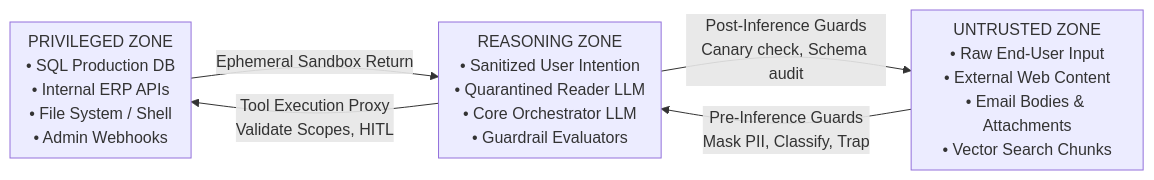
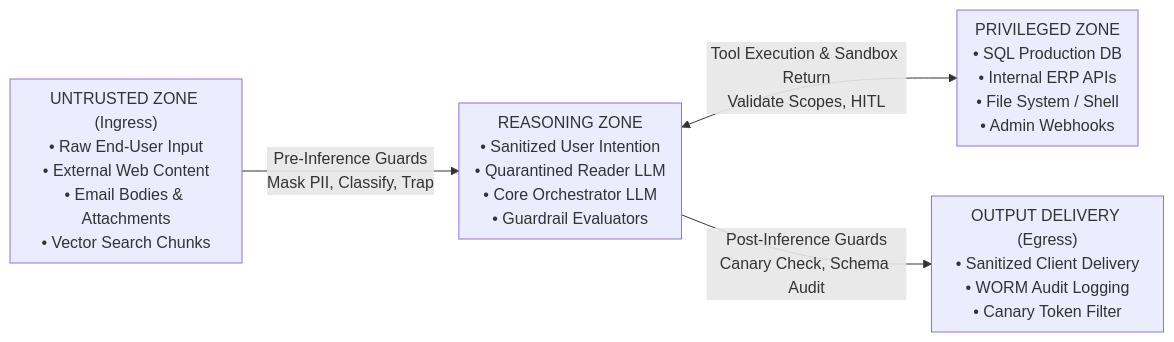
One commit to dip4k/senior-engineer-to-ai-engineer-roadmap changed the fourth of 11 diagrams in 05-ai-security-and-guardrails/README.md. Above: the diagram before and after it, drawn with Mermaid. The commit also changed other lines of this file and 39 other files, not shown here.

First line of the commit message:
Enhance use case documentation for Enterprise AI, including new architectural standards and resilience implementations

````diff
--- a/05-ai-security-and-guardrails/README.md
+++ b/05-ai-security-and-guardrails/README.md
@@ -114,16 +111,18 @@
 ```mermaid
 flowchart LR
-    subgraph UZ["UNTRUSTED ZONE\n• Raw End-User Input\n• External Web Content\n• Email Bodies & Attachments\n• Vector Search Chunks"]
+    subgraph UZ["UNTRUSTED ZONE (Ingress)\n• Raw End-User Input\n• External Web Content\n• Email Bodies & Attachments\n• Vector Search Chunks"]
     end
     
     subgraph RZ["REASONING ZONE\n• Sanitized User Intention\n• Quarantined Reader LLM\n• Core Orchestrator LLM\n• Guardrail Evaluators"]
     end
     
     subgraph PZ["PRIVILEGED ZONE\n• SQL Production DB\n• Internal ERP APIs\n• File System / Shell\n• Admin Webhooks"]
     end
+
+    subgraph OZ["OUTPUT DELIVERY (Egress)\n• Sanitized Client Delivery\n• WORM Audit Logging\n• Canary Token Filter"]
+    end
     
     UZ -->|Pre-Inference Guards\nMask PII, Classify, Trap| RZ
-    RZ -->|Tool Execution Proxy\nValidate Scopes, HITL| PZ
-    PZ -->|Ephemeral Sandbox Return| RZ
-    RZ -->|Post-Inference Guards\nCanary check, Schema audit| UZ
+    RZ <-->|Tool Execution & Sandbox Return\nValidate Scopes, HITL| PZ
+    RZ -->|Post-Inference Guards\nCanary Check, Schema Audit| OZ
 ```
````
